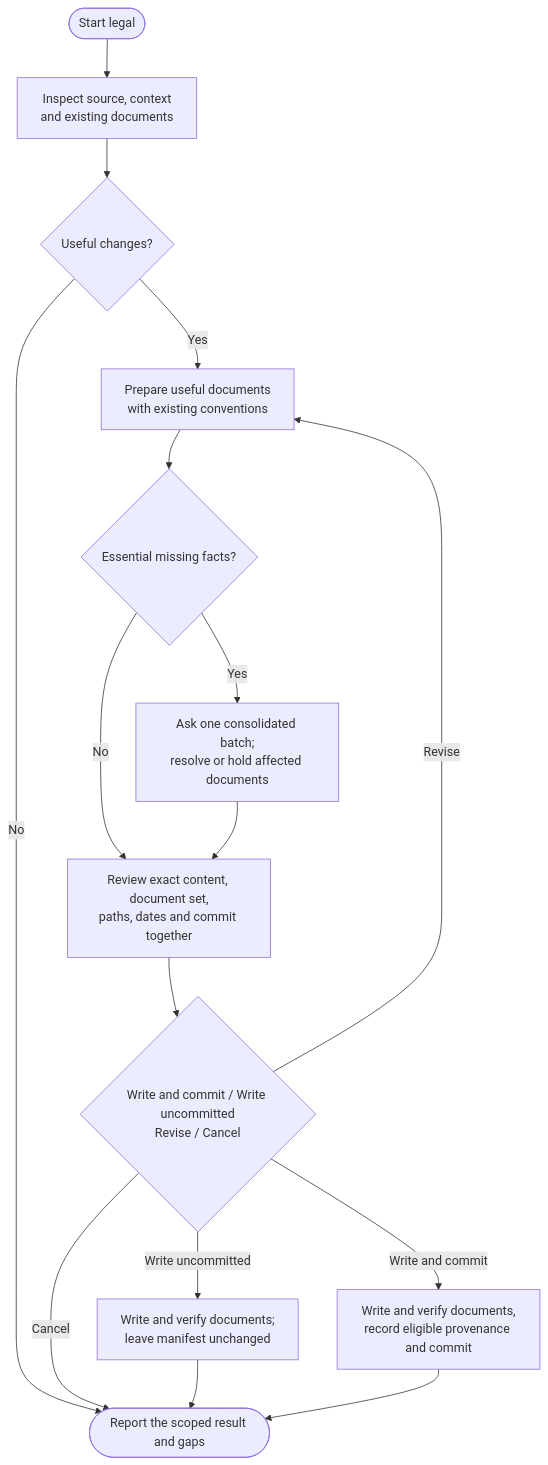
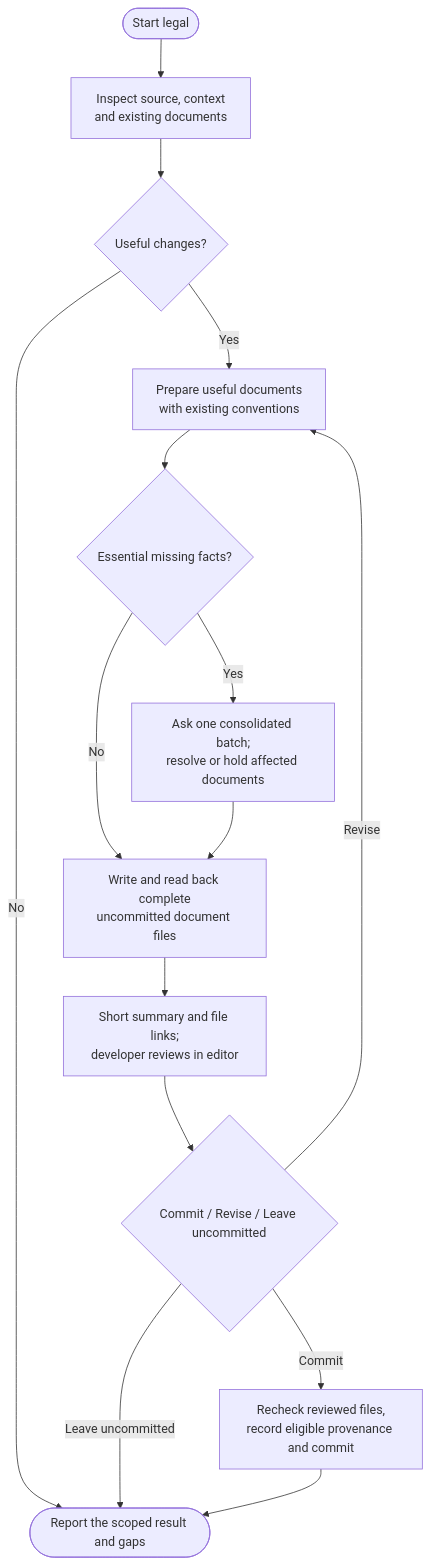
The diagram in docs/commands/legal.md (myowinthein/agent-helm), drawn with Mermaid before and after one commit. The commit also changed other lines of this file and 6 other files, not shown here.

Commit message:
fix(legal): write drafts before concise file-based review

````diff
--- a/docs/commands/legal.md
+++ b/docs/commands/legal.md
@@ -23,18 +23,17 @@
 ```mermaid
 flowchart TD
   Start(["Start legal"]) --> Inspect["Inspect source, context<br/>and existing documents"]
   Inspect --> Needed{"Useful changes?"}
   Needed -->|No| End(["Report the scoped result and gaps"])
   Needed -->|Yes| Draft["Prepare useful documents<br/>with existing conventions"]
   Draft --> Facts{"Essential missing facts?"}
   Facts -->|Yes| Ask["Ask one consolidated batch;<br/>resolve or hold affected documents"]
-  Facts -->|No| Review["Review exact content, document set,<br/>paths, dates and commit together"]
-  Ask --> Review
-  Review --> Approval{"Write and commit / Write uncommitted<br/>Revise / Cancel"}
+  Facts -->|No| Files["Write and read back complete<br/>uncommitted document files"]
+  Ask --> Files
+  Files --> Review["Short summary and file links;<br/>developer reviews in editor"]
+  Review --> Approval{"Commit / Revise / Leave uncommitted"}
   Approval -->|Revise| Draft
-  Approval -->|Cancel| End
-  Approval -->|Write uncommitted| Files["Write and verify documents;<br/>leave manifest unchanged"]
-  Files --> End
-  Approval -->|Write and commit| Save["Write and verify documents,<br/>record eligible provenance and commit"]
+  Approval -->|Leave uncommitted| End
+  Approval -->|Commit| Save["Recheck reviewed files,<br/>record eligible provenance and commit"]
   Save --> End
 ```
````
